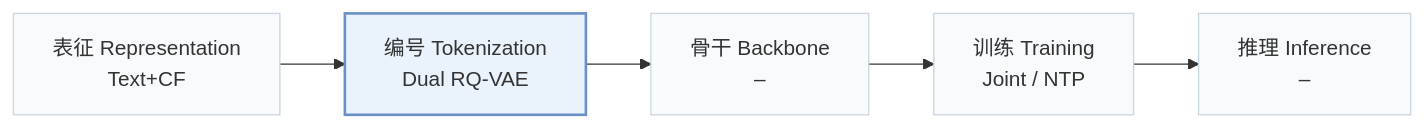
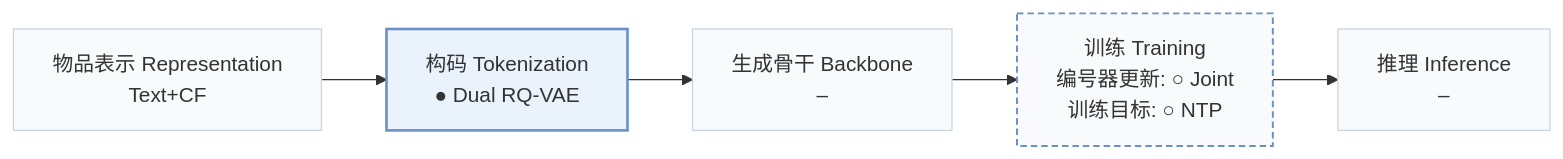
One commit to Galaxy-ghost/Awesome-SID-Generative-Rec changed the first of 2 diagrams in pages/zh/papers/flexcode.md. Above: the diagram before and after it, drawn with Mermaid. The commit also changed other lines of this file and 558 other files, not shown here.

````diff
--- a/pages/zh/papers/flexcode.md
+++ b/pages/zh/papers/flexcode.md
@@ -15,8 +18,10 @@
 ```mermaid
 flowchart LR
-    R["表征 Representation<br/>Text+CF"] --> T["编号 Tokenization<br/>Dual RQ-VAE"] --> B["骨干 Backbone<br/>–"] --> TR["训练 Training<br/>Joint / NTP"] --> I["推理 Inference<br/>–"]
+    R["物品表示 Representation<br/>Text+CF"] --> T["构码 Tokenization<br/>● Dual RQ-VAE"] --> B["生成骨干 Backbone<br/>–"] --> TR["训练 Training<br/>编号器更新: ○ Joint<br/>训练目标: ○ NTP"] --> I["推理 Inference<br/>–"]
     classDef base fill:#f8fafc,stroke:#cbd5e1
     class R,T,B,TR,I base
+    classDef other fill:#f8fafc,stroke:#6b8fc7,stroke-width:1.5px,stroke-dasharray:5 3
+    class TR other
     classDef main fill:#eaf2fb,stroke:#6b8fc7,stroke-width:2px
     class T main
 ```
````
